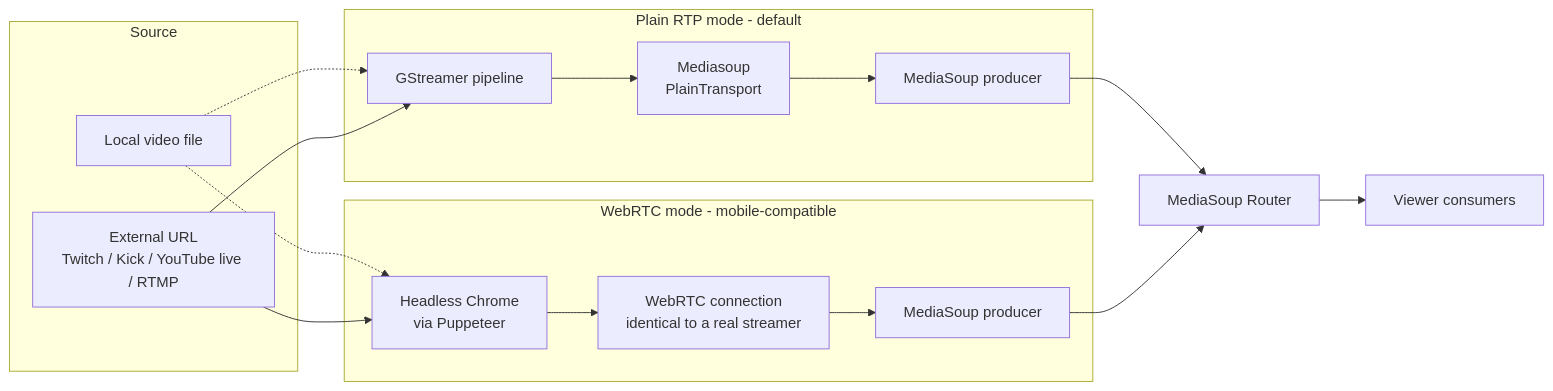
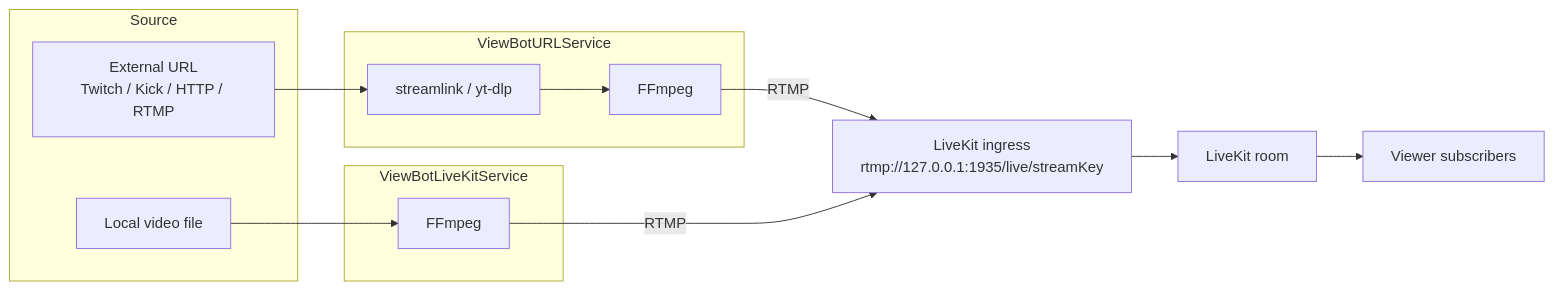
One commit to RealRogerWinter/onestreamer changed the third of 3 diagrams in docs/architecture/streaming-stack.md. Above: the diagram before and after it, drawn with Mermaid. The commit also changed other lines of this file and 52 other files, not shown here.

````diff
--- a/docs/architecture/streaming-stack.md
+++ b/docs/architecture/streaming-stack.md
@@ -101,32 +86,24 @@
 ```mermaid
 flowchart LR
     subgraph Source
+        ExtURL[External URL<br/>Twitch / Kick / HTTP / RTMP]
         VideoFile[Local video file]
-        ExtURL[External URL<br/>Twitch / Kick / YouTube live / RTMP]
-    end
-    
-    subgraph PlainRTPMode[Plain RTP mode - default]
-        GStreamer[GStreamer pipeline]
-        PlainTransport[Mediasoup<br/>PlainTransport]
-        ProducerPR[MediaSoup producer]
     end
 
-    subgraph WebRTCMode[WebRTC mode - mobile-compatible]
-        Chrome[Headless Chrome<br/>via Puppeteer]
-        WebRTCBot[WebRTC connection<br/>identical to a real streamer]
-        ProducerWR[MediaSoup producer]
+    subgraph URLRelay[ViewBotURLService]
+        Streamlink[streamlink / yt-dlp]
+        FFmpeg1[FFmpeg]
     end
 
-    VideoFile -.-> GStreamer
-    VideoFile -.-> Chrome
-    ExtURL --> GStreamer
-    ExtURL --> Chrome
-    GStreamer --> PlainTransport
-    PlainTransport --> ProducerPR
-    Chrome --> WebRTCBot
-    WebRTCBot --> ProducerWR
+    subgraph LocalVid[ViewBotLiveKitService]
+        FFmpeg2[FFmpeg]
+    end
 
-    ProducerPR --> Router[MediaSoup Router]
-    ProducerWR --> Router
-    Router --> Viewers[Viewer consumers]
+    ExtURL --> Streamlink --> FFmpeg1
+    VideoFile --> FFmpeg2
+
+    FFmpeg1 -->|RTMP| Ingress[LiveKit ingress<br/>rtmp://127.0.0.1:1935/live/streamKey]
+    FFmpeg2 -->|RTMP| Ingress
+    Ingress --> Room[LiveKit room]
+    Room --> Viewers[Viewer subscribers]
 ```
````
